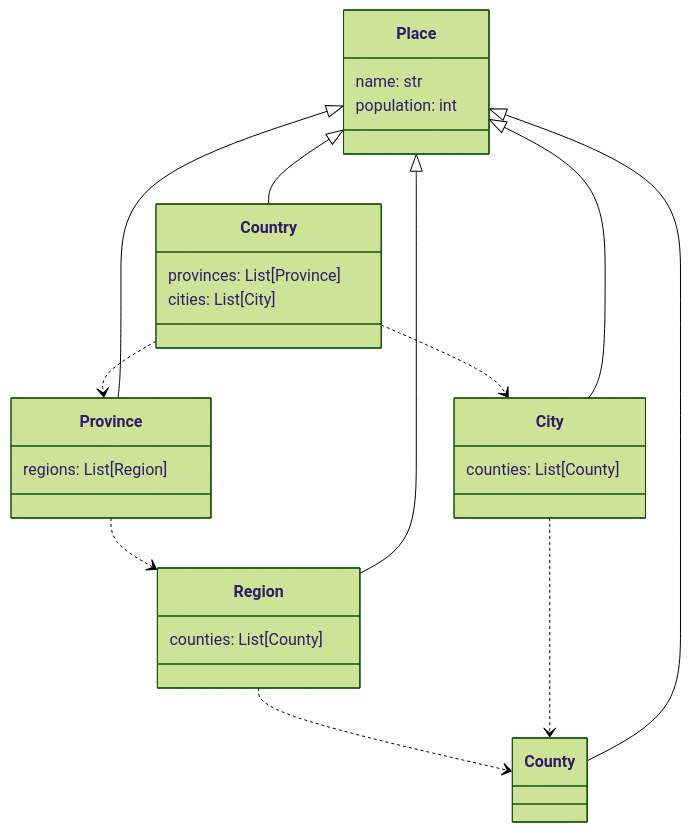
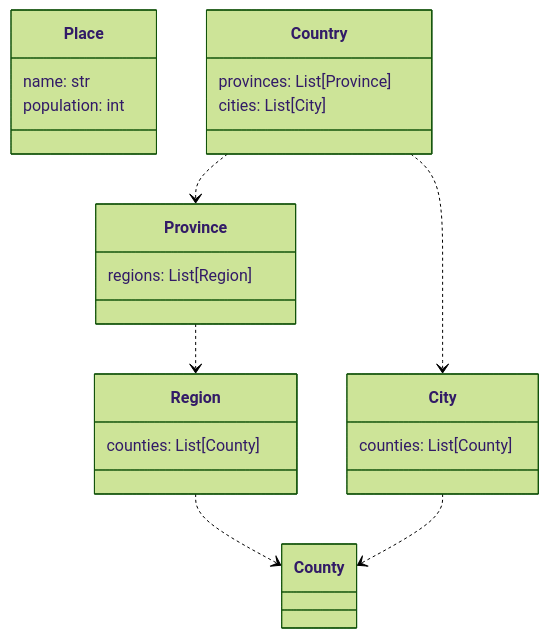
Before and after one commit to EricWebsmith/pydantic_mermaid: the diagram in examples/country_all.md, drawn with Mermaid (forest theme). The commit also changed 26 other files, not shown here.

Commit message:
sync with pydantic-2-mermaid

````diff
--- a/examples/country_all.md
+++ b/examples/country_all.md
@@ -1,40 +1,35 @@
 ```mermaid
 classDiagram
     class Place {
         name: str
         population: int
     }
 
     class County {
     }
 
     class Region {
         counties: List[County]
     }
 
     class Province {
         regions: List[Region]
     }
 
     class City {
         counties: List[County]
     }
 
     class Country {
         provinces: List[Province]
         cities: List[City]
     }
 
 
     Region ..> County
     Province ..> Region
     City ..> County
     Country ..> Province
     Country ..> City
 
-    Place <|-- City
-    Place <|-- County
-    Place <|-- Country
-    Place <|-- Province
-    Place <|-- Region
 ```
````
